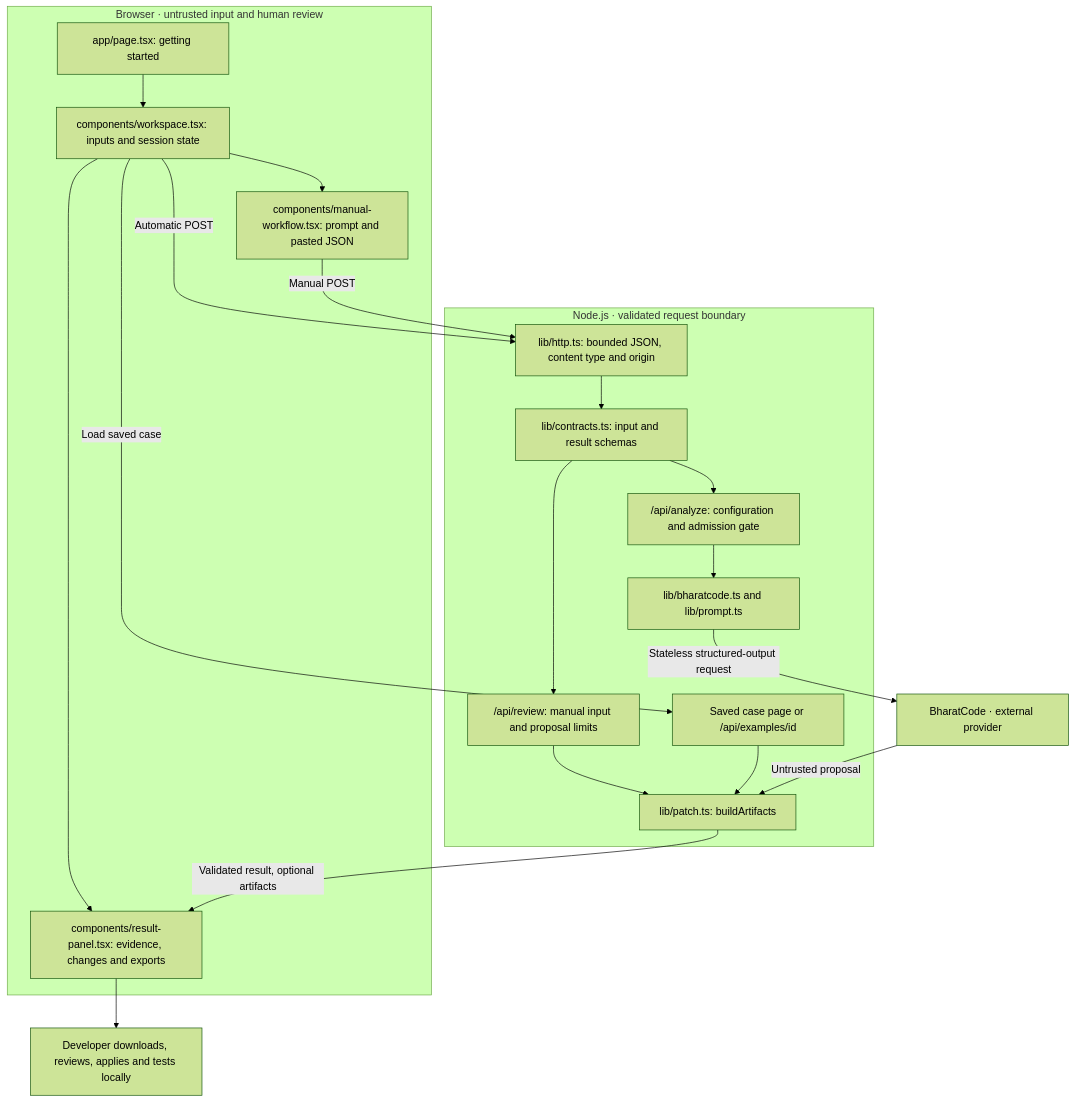
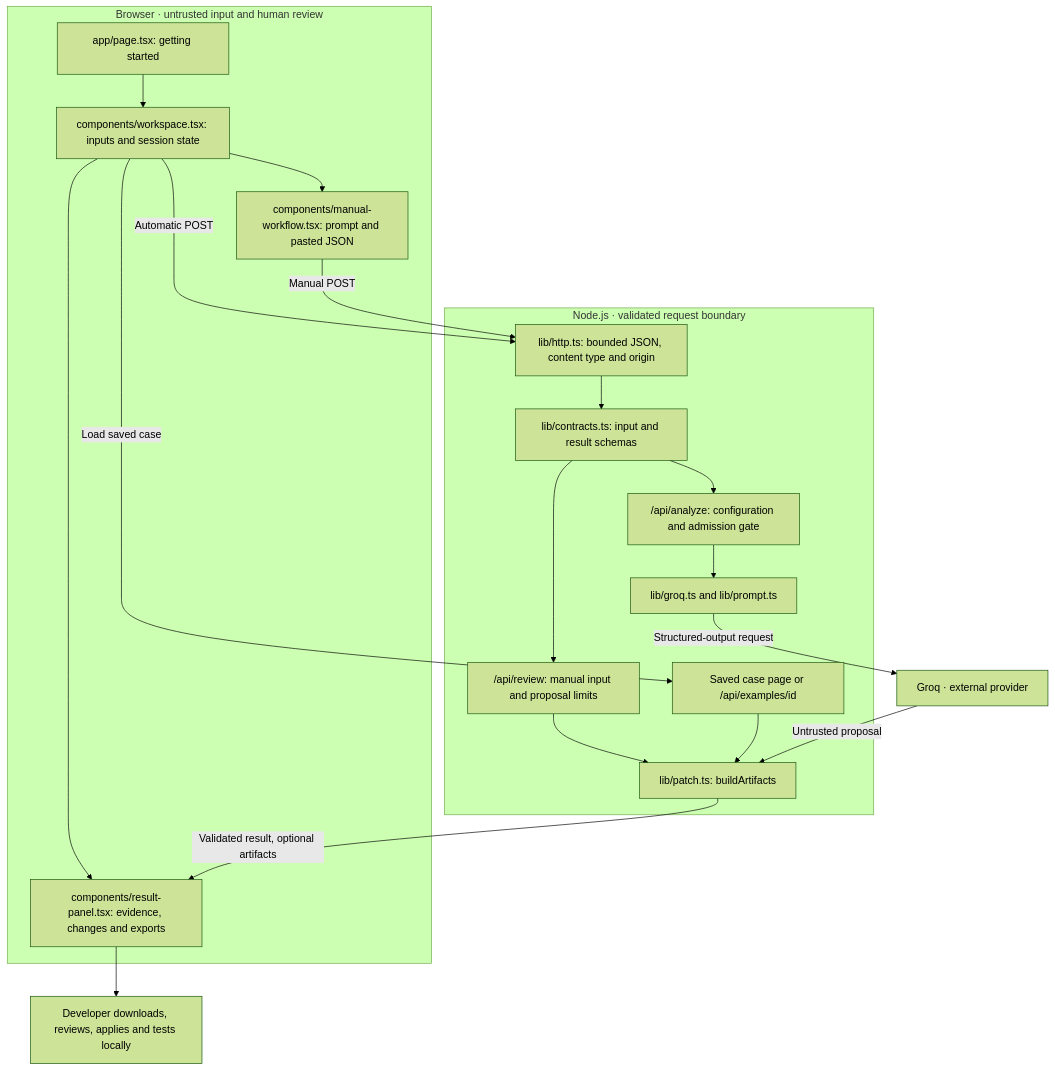
Before and after one commit to pjha26/Failfix: the first of 3 diagrams in docs/architecture.md, drawn with Mermaid (forest theme). The commit also changed other lines of this file and 22 other files, not shown here.

Commit message:
feat: migrate automatic debugging to the native Groq SDK

````diff
--- a/docs/architecture.md
+++ b/docs/architecture.md
@@ -9,35 +9,35 @@
 ```mermaid
 flowchart TB
   subgraph Browser["Browser · untrusted input and human review"]
     Home["app/page.tsx: getting started"]
     Workspace["components/workspace.tsx: inputs and session state"]
     ManualUI["components/manual-workflow.tsx: prompt and pasted JSON"]
     ResultUI["components/result-panel.tsx: evidence, changes and exports"]
     Home --> Workspace
     Workspace --> ManualUI
     Workspace --> ResultUI
   end
   subgraph Server["Node.js · validated request boundary"]
     HTTP["lib/http.ts: bounded JSON, content type and origin"]
     Contract["lib/contracts.ts: input and result schemas"]
     Auto["/api/analyze: configuration and admission gate"]
     Manual["/api/review: manual input and proposal limits"]
     Examples["Saved case page or /api/examples/id"]
-    SDK["lib/bharatcode.ts and lib/prompt.ts"]
+    SDK["lib/groq.ts and lib/prompt.ts"]
     Patch["lib/patch.ts: buildArtifacts"]
     HTTP --> Contract
     Contract --> Auto
     Contract --> Manual
     Auto --> SDK
     Manual --> Patch
     Examples --> Patch
   end
-  Provider["BharatCode · external provider"]
+  Provider["Groq · external provider"]
   Workspace -->|"Automatic POST"| HTTP
   ManualUI -->|"Manual POST"| HTTP
   Workspace -->|"Load saved case"| Examples
-  SDK -->|"Stateless structured-output request"| Provider
+  SDK -->|"Structured-output request"| Provider
   Provider -->|"Untrusted proposal"| Patch
   Patch -->|"Validated result, optional artifacts"| ResultUI
   ResultUI --> Local["Developer downloads, reviews, applies and tests locally"]
 ```
````
